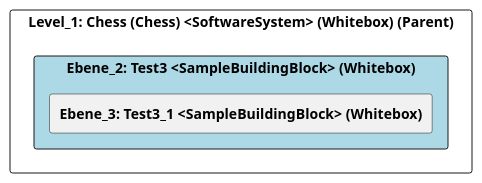
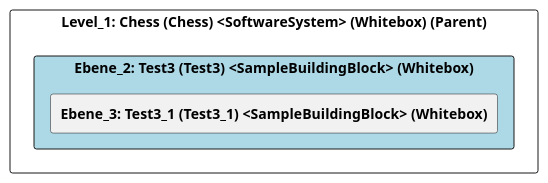
Before and after one commit to marcozwyssig/cleon: the diagram in src/cleon.architecturemethods.arc42.sample/doc/cleon_architecturemethods_arc42_sample_arc42/adoc/de/05_bausteinsicht/chess/test3/ebene_2_test3.adoc, drawn with PlantUML. The commit also changed other lines of this file and 166 other files, not shown here.

```diff
--- a/src/cleon.architecturemethods.arc42.sample/doc/cleon_architecturemethods_arc42_sample_arc42/adoc/de/05_bausteinsicht/chess/test3/ebene_2_test3.adoc
+++ b/src/cleon.architecturemethods.arc42.sample/doc/cleon_architecturemethods_arc42_sample_arc42/adoc/de/05_bausteinsicht/chess/test3/ebene_2_test3.adoc
@@ -21,26 +21,26 @@
-[plantuml, Ebene_2: Test3 <SampleBuildingBlock> (Whitebox)BlockOverview, format="svg"]
+[plantuml, Ebene_2: Test3 (Test3) <SampleBuildingBlock> (Whitebox)BlockOverview, format="svg"]
 ----
-@startuml Ebene_2: Test3 <SampleBuildingBlock> (Whitebox)BuildingBlockOverview
+@startuml Ebene_2: Test3 (Test3) <SampleBuildingBlock> (Whitebox)BuildingBlockOverview
 
 skinparam ranksep 10
 skinparam componentStyle rectangle
 skinparam shadowing false
 skinparam arrowColor lightblue
 skinparam arrowThickness 1.2
 skinparam rectangle {
   BackgroundColor White
   BorderColor #333
   RoundCorner 10
 }
 top to bottom direction
 
 component "Level_1: Chess (Chess) <SoftwareSystem> (Whitebox) (Parent)" {
-    component "Ebene_2: Test3 <SampleBuildingBlock> (Whitebox)" #lightblue {
-        [**Ebene_3: Test3_1 <SampleBuildingBlock> (Whitebox)**] as 489CD281_D579_11EE_903E_9F564E4DE07E
+    component "Ebene_2: Test3 (Test3) <SampleBuildingBlock> (Whitebox)" #lightblue {
+        [**Ebene_3: Test3_1 (Test3_1) <SampleBuildingBlock> (Whitebox)**] as 489CD281_D579_11EE_903E_9F564E4DE07E
     }
 
     
 }
 
 @enduml
 ----
```
